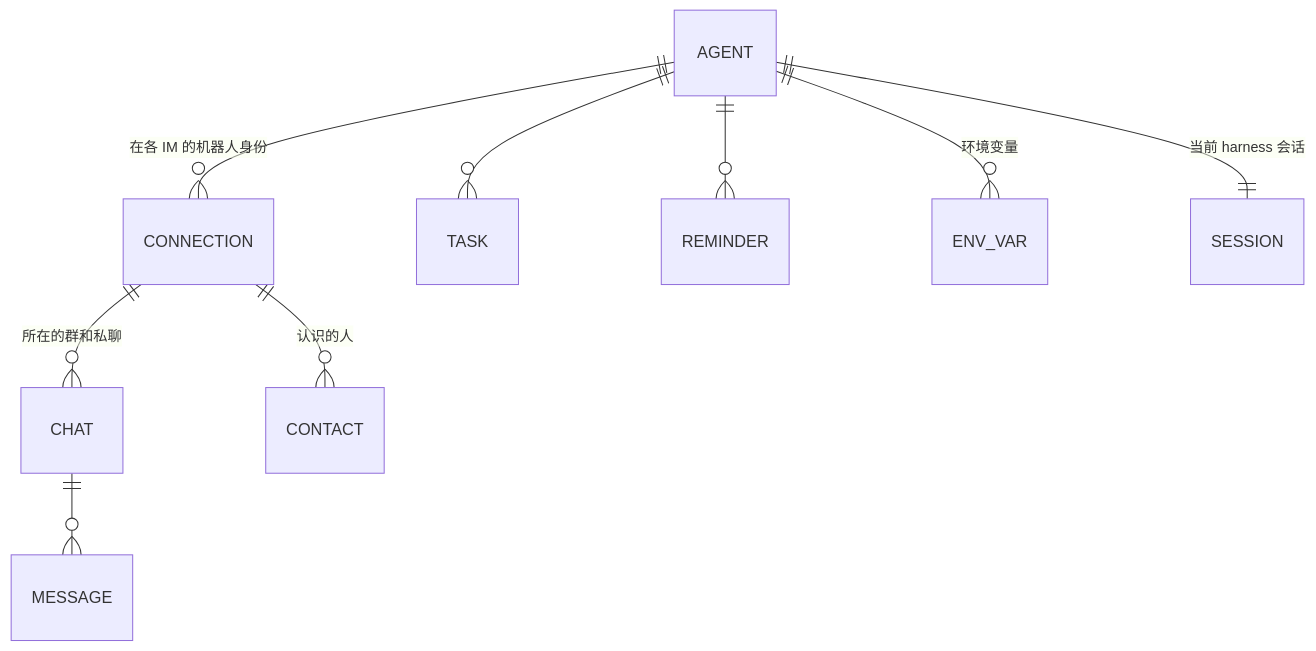
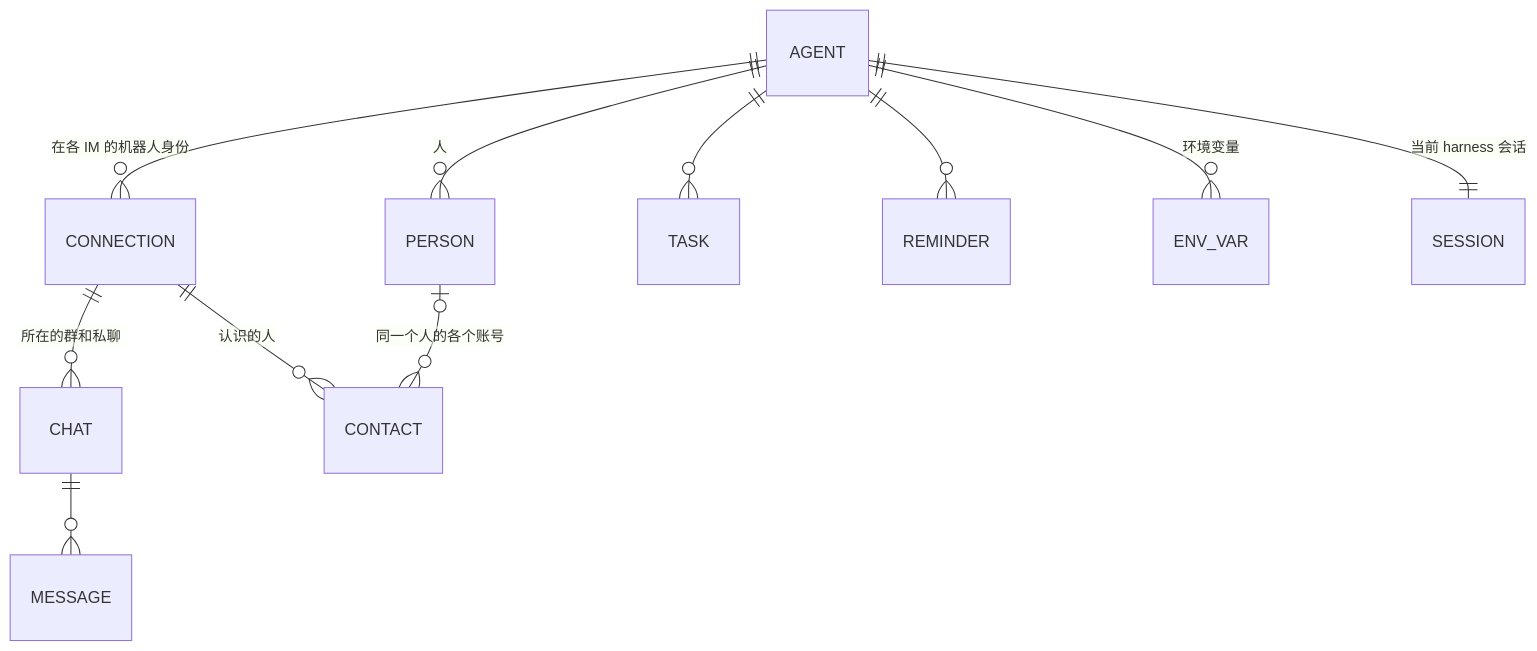
One commit to Katzeee/Mingle changed the first of 5 diagrams in docs/spec.md. Above: the diagram before and after it, drawn with Mermaid. The commit also changed other lines of this file and 15 other files, not shown here.

````diff
--- a/docs/spec.md
+++ b/docs/spec.md
@@ -70,11 +70,13 @@
 ```mermaid
 erDiagram
   AGENT ||--o{ CONNECTION : "在各 IM 的机器人身份"
   CONNECTION ||--o{ CHAT : "所在的群和私聊"
   CONNECTION ||--o{ CONTACT : "认识的人"
+  AGENT ||--o{ PERSON : "人"
+  PERSON |o--o{ CONTACT : "同一个人的各个账号"
   CHAT ||--o{ MESSAGE : ""
   AGENT ||--o{ TASK : ""
   AGENT ||--o{ REMINDER : ""
   AGENT ||--o{ ENV_VAR : "环境变量"
   AGENT ||--|| SESSION : "当前 harness 会话"
 ```
````
